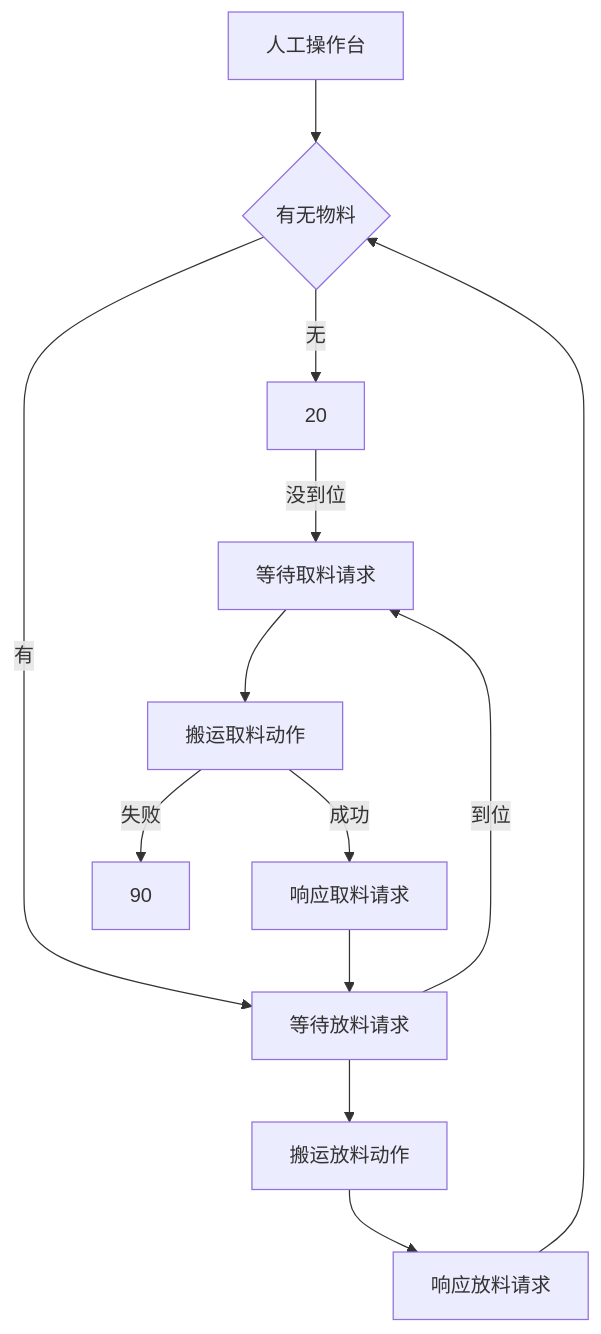
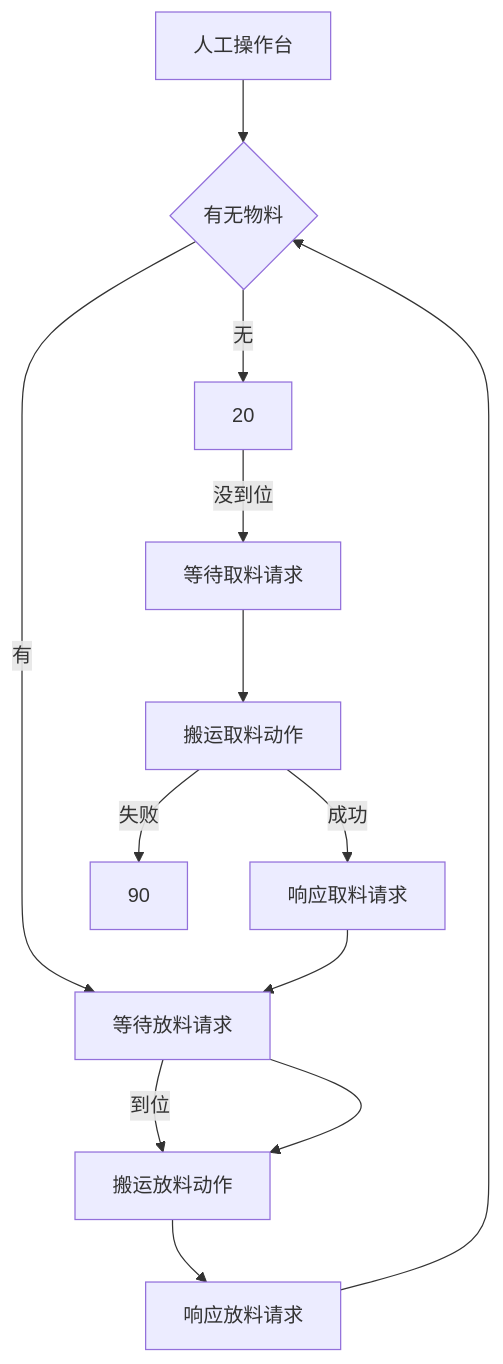
The diagram in all/未命名-4.md (PengKun1/iodraw-files), drawn with Mermaid before and after one commit.

Commit message:
2024-12-20 14:44:46 update

````diff
--- a/all/未命名-4.md
+++ b/all/未命名-4.md
@@ -1,15 +1,16 @@
 ```mermaid
 graph TD
 0[人工操作台]-->10
 10{有无物料}-->|无|20
 10-->|有|60
-60{是否到位}-->|到位|30
+
+60{是否到位}-->|到位|70
 20-->|没到位|30
 30[等待取料请求]-->40
 40[搬运取料动作]-->|成功|50
 40-->|失败|90
 50[响应取料请求]-->60
 60[等待放料请求]-->70
 70[搬运放料动作]-->80
 80[响应放料请求]-->10
 ```
````
